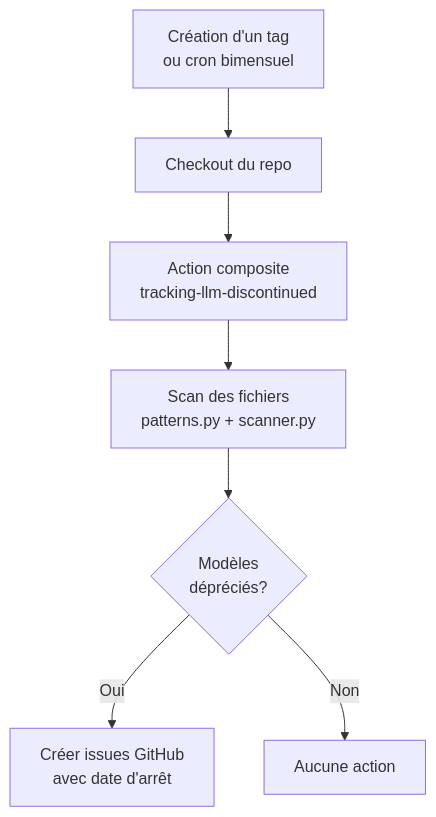
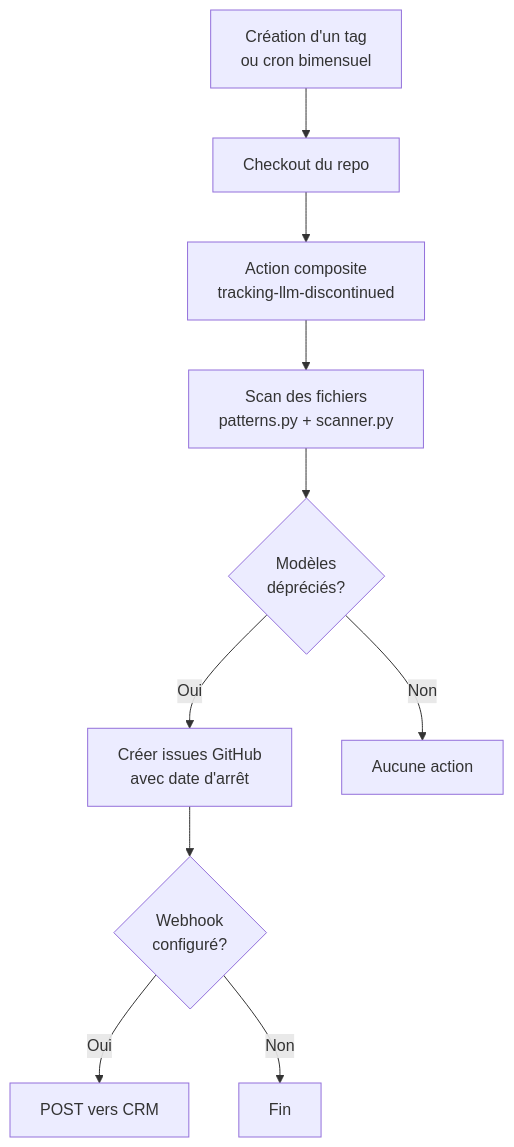
The first of 2 diagrams in README.md (Baseline-quebec/tracking-llm-discontinued), drawn with Mermaid before and after one commit. The commit also changed other lines of this file and 10 other files, not shown here.

First line of the commit message:
feat: add optional webhook POST for CRM notifications (#35)

````diff
--- a/README.md
+++ b/README.md
@@ -15,9 +15,12 @@
 ```mermaid
 flowchart TD
     A[Création d'un tag<br>ou cron bimensuel] --> B[Checkout du repo]
     B --> C[Action composite<br>tracking-llm-discontinued]
     C --> D[Scan des fichiers<br>patterns.py + scanner.py]
     D --> E{Modèles<br>dépréciés?}
     E -->|Oui| F[Créer issues GitHub<br>avec date d'arrêt]
+    F --> H{Webhook<br>configuré?}
+    H -->|Oui| I[POST vers CRM]
+    H -->|Non| J[Fin]
     E -->|Non| G[Aucune action]
 ```
````
